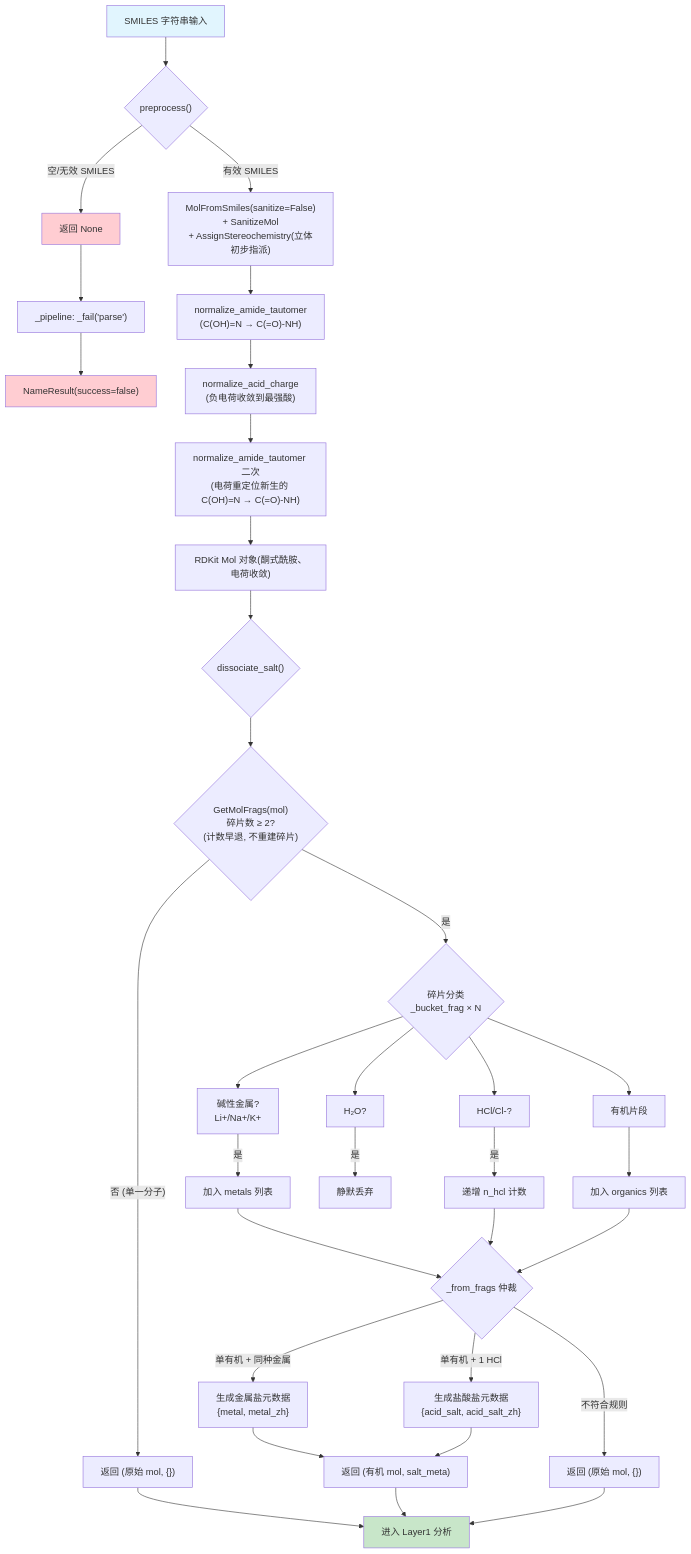
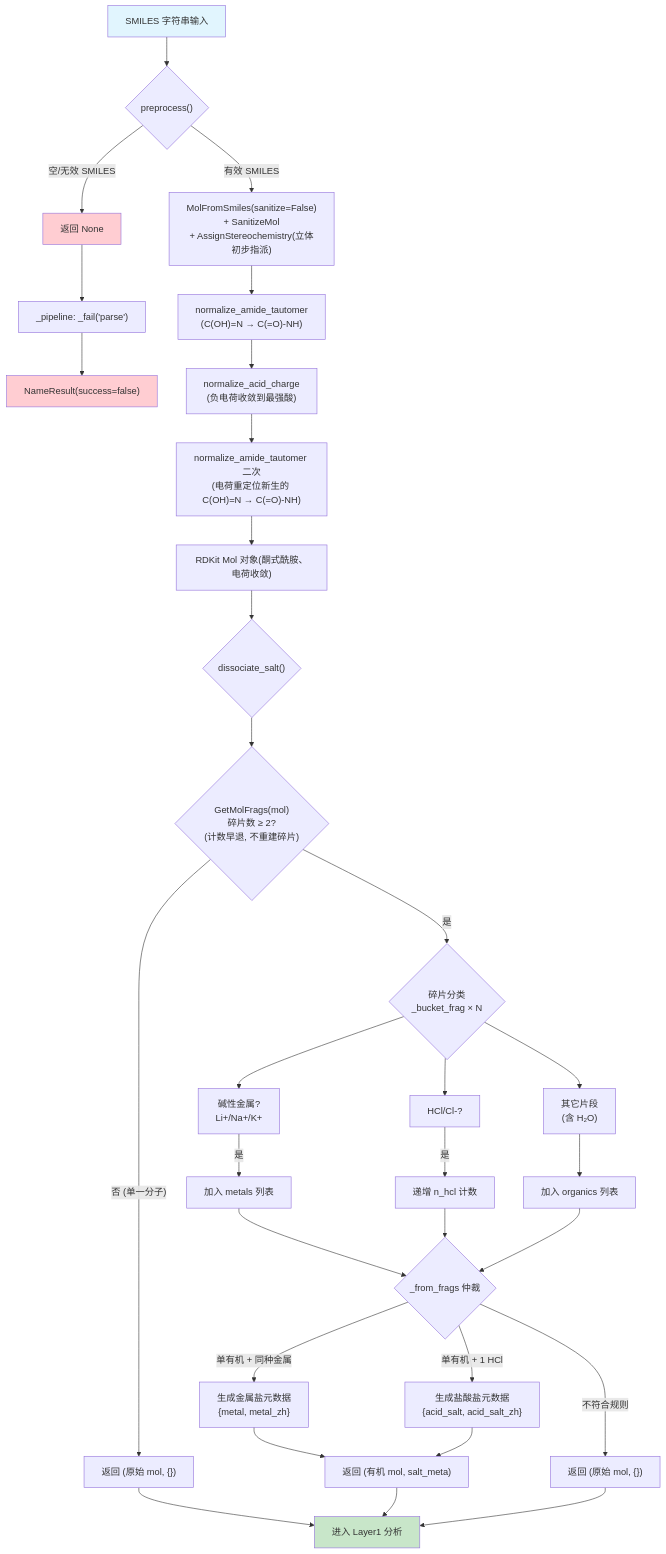
One commit to zouxiaofei1/OpenSMILES changed the first of 2 diagrams in docs/wiki/architecture/layer0-preprocessor.md. Above: the diagram before and after it, drawn with Mermaid. The commit also changed other lines of this file and 18 other files, not shown here.

````diff
--- a/docs/wiki/architecture/layer0-preprocessor.md
+++ b/docs/wiki/architecture/layer0-preprocessor.md
@@ -195,48 +203,46 @@
 ```mermaid
 flowchart TD
     A["SMILES 字符串输入"] --> B{"preprocess()"}
     B -->|"空/无效 SMILES"| C["返回 None"]
     C --> D["_pipeline: _fail('parse')"]
     D --> E["NameResult(success=false)"]
 
     B -->|"有效 SMILES"| P2["MolFromSmiles(sanitize=False)<br/>+ SanitizeMol<br/>+ AssignStereochemistry(立体初步指派)"]
     P2 --> P3["normalize_amide_tautomer<br/>(C(OH)=N → C(=O)-NH)"]
     P3 --> P3b["normalize_acid_charge<br/>(负电荷收敛到最强酸)"]
     P3b --> P3c["normalize_amide_tautomer 二次<br/>(电荷重定位新生的 C(OH)=N → C(=O)-NH)"]
     P3c --> F["RDKit Mol 对象(酮式酰胺、电荷收敛)"]
     F --> G{"dissociate_salt()"}
     G --> H{"GetMolFrags(mol)<br/>碎片数 ≥ 2?<br/>(计数早退, 不重建碎片)"}
 
     H -->|"否 (单一分子)"| I["返回 (原始 mol, {})"]
     I --> J["进入 Layer1 分析"]
 
     H -->|"是"| K{"碎片分类\n_bucket_frag × N"}
 
     K --> L["碱性金属?\nLi+/Na+/K+"]
     K --> M["HCl/Cl-?"]
-    K --> N["H₂O?"]
-    K --> O["有机片段"]
+    K --> O["其它片段\n(含 H₂O)"]
 
     L -->|"是"| P["加入 metals 列表"]
     M -->|"是"| Q["递增 n_hcl 计数"]
-    N -->|"是"| R["静默丢弃"]
     O --> R2["加入 organics 列表"]
 
     P --> S{"_from_frags 仲裁"}
     Q --> S
     R2 --> S
 
     S -->|"单有机 + 同种金属"| T["生成金属盐元数据\n{metal, metal_zh}"]
     S -->|"单有机 + 1 HCl"| U["生成盐酸盐元数据\n{acid_salt, acid_salt_zh}"]
     S -->|"不符合规则"| V["返回 (原始 mol, {})"]
 
     T --> W["返回 (有机 mol, salt_meta)"]
     U --> W
     W --> J
     V --> J
 
     style A fill:#e1f5fe
     style E fill:#ffcdd2
     style J fill:#c8e6c9
     style C fill:#ffcdd2
 ```
````
